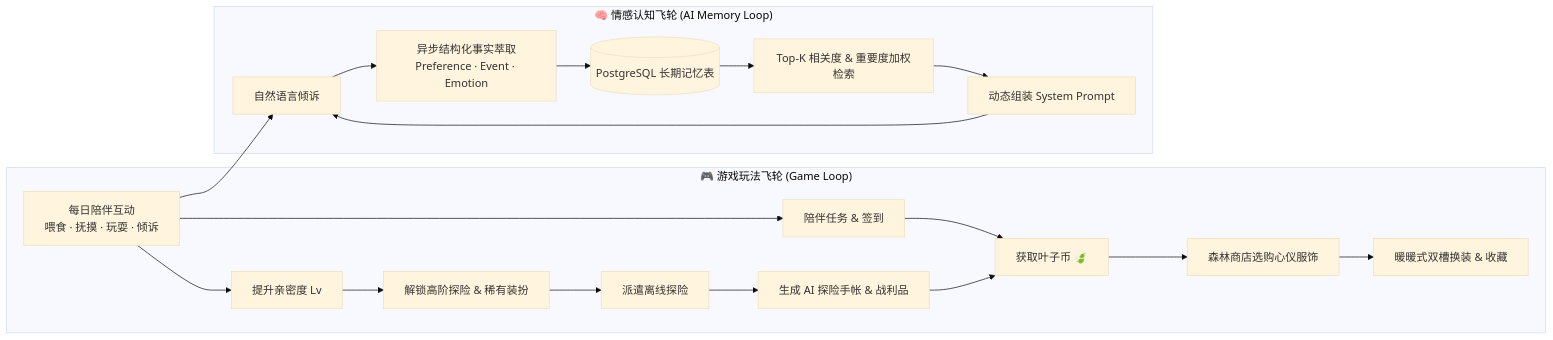
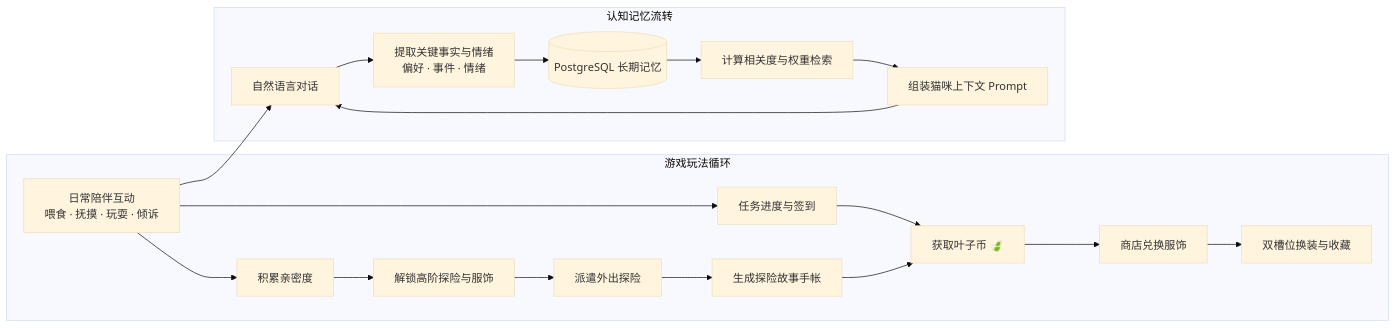
Before and after one commit to Sinera-kiki/meowlog-ai-companion: the first of 2 diagrams in README.md, drawn with Mermaid (base theme). The commit also changed other lines of this file, not shown here.

````diff
--- a/README.md
+++ b/README.md
@@ -66,23 +65,23 @@
 ```mermaid
 flowchart LR
-    subgraph CoreLoop["🎮 游戏玩法飞轮 (Game Loop)"]
-        A[每日陪伴互动\n喂食 · 抚摸 · 玩耍 · 倾诉] --> B[陪伴任务 & 签到]
+    subgraph CoreLoop["游戏玩法循环"]
+        A[日常陪伴互动\n喂食 · 抚摸 · 玩耍 · 倾诉] --> B[任务进度与签到]
         B --> C[获取叶子币 🍃]
-        C --> D[森林商店选购心仪服饰]
-        D --> E[暖暖式双槽换装 & 收藏]
-        A --> F[提升亲密度 Lv]
-        F --> G[解锁高阶探险 & 稀有装扮]
-        G --> H[派遣离线探险]
-        H --> I[生成 AI 探险手帐 & 战利品]
+        C --> D[商店兑换服饰]
+        D --> E[双槽位换装与收藏]
+        A --> F[积累亲密度]
+        F --> G[解锁高阶探险与服饰]
+        G --> H[派遣外出探险]
+        H --> I[生成探险故事手帐]
         I --> C
     end
 
-    subgraph MemoryLoop["🧠 情感认知飞轮 (AI Memory Loop)"]
-        A --> J[自然语言倾诉]
-        J --> K[异步结构化事实萃取\nPreference · Event · Emotion]
-        K --> L[(PostgreSQL 长期记忆表)]
-        L --> M[Top-K 相关度 & 重要度加权检索]
-        M --> N[动态组装 System Prompt]
+    subgraph MemoryLoop["认知记忆流转"]
+        A --> J[自然语言对话]
+        J --> K[提取关键事实与情绪\n偏好 · 事件 · 情绪]
+        K --> L[(PostgreSQL 长期记忆)]
+        L --> M[计算相关度与权重检索]
+        M --> N[组装猫咪上下文 Prompt]
         N --> J
     end
 ```
````
